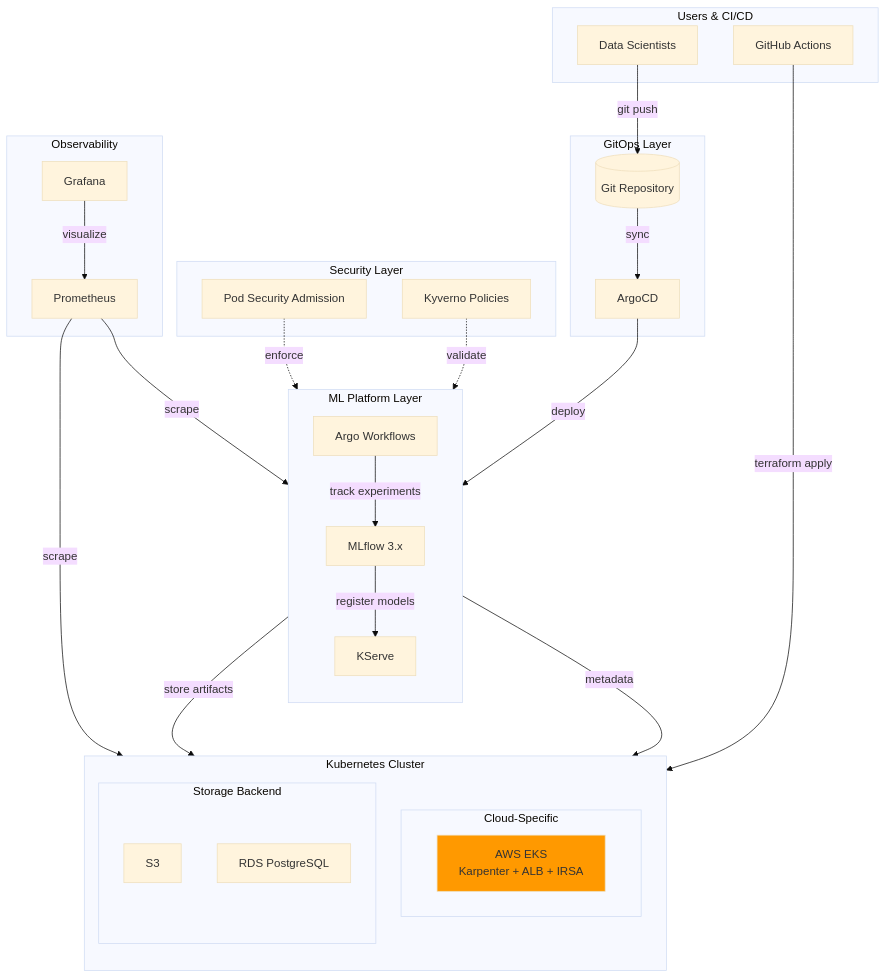
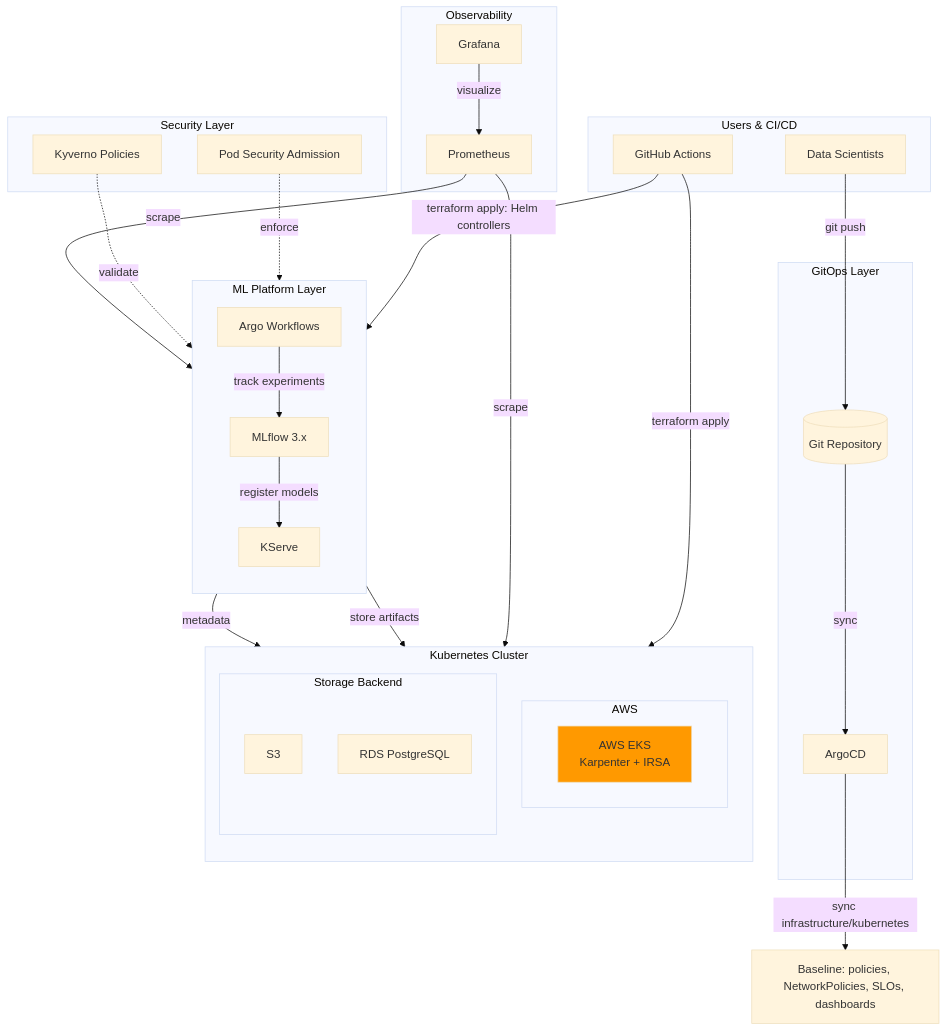
One commit to judeoyovbaire/mlops-platform changed the diagram in docs/architecture.md. Above: the diagram before and after it, drawn with Mermaid (base theme). The commit also changed other lines of this file and 58 other files, not shown here.

````diff
--- a/docs/architecture.md
+++ b/docs/architecture.md
@@ -9,59 +9,62 @@
 ```mermaid
 flowchart TB
     subgraph Users["Users & CI/CD"]
         DS[Data Scientists]
         CI[GitHub Actions]
     end
 
     subgraph GitOps["GitOps Layer"]
         ArgoCD[ArgoCD]
         Git[(Git Repository)]
     end
 
     subgraph MLPlatform["ML Platform Layer"]
         direction TB
         Argo[Argo Workflows]
         MLflow[MLflow 3.x]
         KServe[KServe]
     end
 
     subgraph Security["Security Layer"]
         PSA[Pod Security Admission]
         Kyverno[Kyverno Policies]
     end
 
+    Baseline["Baseline: policies, NetworkPolicies, SLOs, dashboards"]
+
     subgraph Observability["Observability"]
         Prometheus[Prometheus]
         Grafana[Grafana]
     end
 
     subgraph K8s["Kubernetes Cluster"]
         direction TB
-        subgraph CloudSpecific["Cloud-Specific"]
-            AWS["AWS EKS<br/>Karpenter + ALB + IRSA"]
+        subgraph CloudSpecific["AWS"]
+            AWS["AWS EKS<br/>Karpenter + IRSA"]
         end
         subgraph Storage["Storage Backend"]
             S3["S3"]
             DB["RDS PostgreSQL"]
         end
     end
 
     DS -->|git push| Git
     CI -->|terraform apply| K8s
+    CI -->|terraform apply: Helm controllers| MLPlatform
     Git -->|sync| ArgoCD
-    ArgoCD -->|deploy| MLPlatform
+    ArgoCD -->|sync infrastructure/kubernetes| Baseline
 
     Argo -->|track experiments| MLflow
     MLflow -->|register models| KServe
     Argo -->|store artifacts| S3
     MLflow -->|metadata| DB
 
     PSA -.->|enforce| MLPlatform
     Kyverno -.->|validate| MLPlatform
 
     Prometheus -->|scrape| MLPlatform
     Prometheus -->|scrape| K8s
     Grafana -->|visualize| Prometheus
 
     style AWS fill:#ff9900
 ```
````
